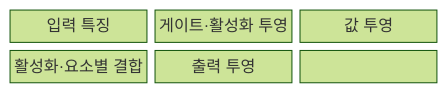
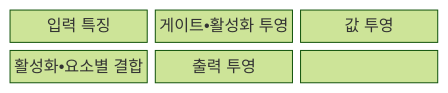
One commit to agnusdei1207/knowledge-base changed the first of 2 diagrams in src/content/docs/notes/08-latest-tech/226_swiglu_vs_gelu_activation.md. Above: the diagram before and after it, drawn with Mermaid (forest theme). The commit also changed other lines of this file and 953 other files, not shown here.

````diff
--- a/src/content/docs/notes/08-latest-tech/226_swiglu_vs_gelu_activation.md
+++ b/src/content/docs/notes/08-latest-tech/226_swiglu_vs_gelu_activation.md
@@ -68,11 +68,11 @@
 ```mermaid
 block-beta
   columns 3
   N0["입력 특징"]
-  N1["게이트·활성화 투영"]
+  N1["게이트•활성화 투영"]
   N2["값 투영"]
-  N3["활성화·요소별 결합"]
+  N3["활성화•요소별 결합"]
   N4["출력 투영"]
   N0 --- N1 --- N2
   N2 --- N3 --- N4
 ```
````
